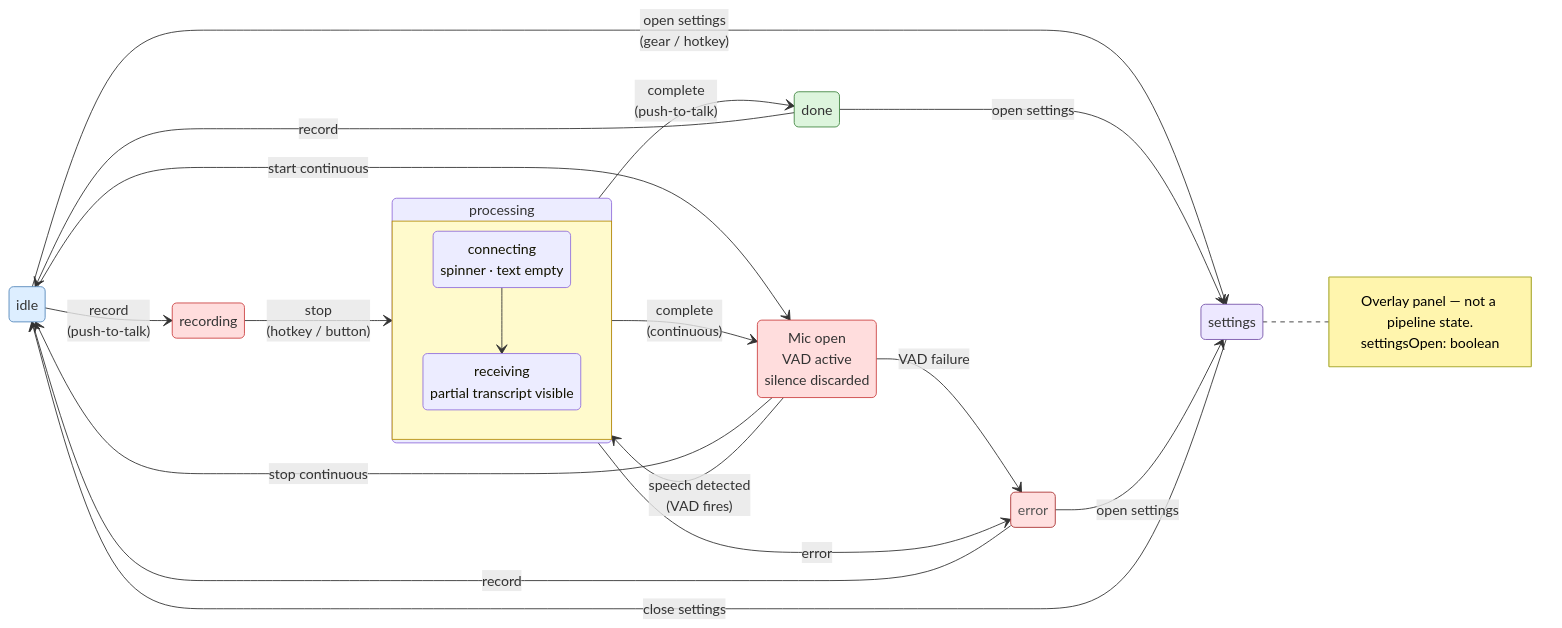
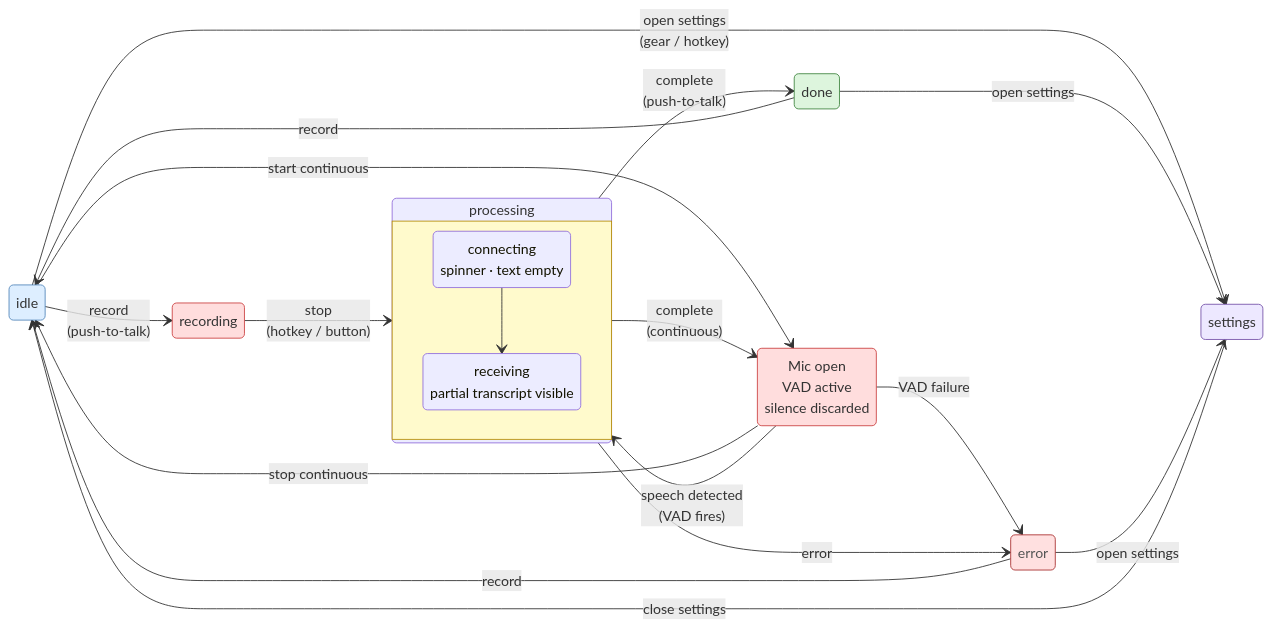
One commit to JohnYanez95/voice-scribe changed the diagram in docs/diagrams/state-machine.mmd. Above: the diagram before and after it, drawn with Mermaid. The commit also changed 3 other files, not shown here.

```diff
--- a/docs/diagrams/state-machine.mmd
+++ b/docs/diagrams/state-machine.mmd
@@ -1,51 +1,46 @@
 stateDiagram-v2
     direction LR
 
     classDef idleClass    fill:#ddeeff,stroke:#5588bb,color:#333
     classDef activeClass  fill:#ffdddd,stroke:#cc4444,color:#333
     classDef inflightClass fill:#fffacc,stroke:#b8900a,color:#333
     classDef successClass fill:#ddf5dd,stroke:#448844,color:#333
     classDef failureClass fill:#ffe0e0,stroke:#aa3333,color:#555
     classDef uiClass      fill:#ede8ff,stroke:#7755aa,color:#333
 
     idle --> recording : record<br/>(push-to-talk)
     idle --> listening : start continuous
 
     recording --> processing : stop<br/>(hotkey / button)
 
     listening : Mic open<br/>VAD active<br/>silence discarded
     listening --> processing : speech detected<br/>(VAD fires)
     listening --> idle : stop continuous
     listening --> error : VAD failure
 
     state processing {
         direction TB
         connecting : connecting<br/>spinner · text empty
         receiving : receiving<br/>partial transcript visible
         connecting --> receiving
     }
 
     processing --> done : complete<br/>(push-to-talk)
     processing --> listening : complete<br/>(continuous)
     processing --> error : error
 
     done --> idle : record
     error --> idle : record
 
     idle --> settings : open settings<br/>(gear / hotkey)
     done --> settings : open settings
     error --> settings : open settings
     settings --> idle : close settings
 
-    note right of settings
-        Overlay panel — not a pipeline state.
-        settingsOpen: boolean
-    end note
-
     class idle idleClass
     class recording activeClass
     class listening activeClass
     class processing inflightClass
     class done successClass
     class error failureClass
     class settings uiClass
```
